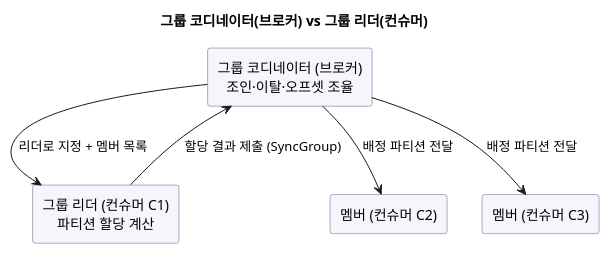
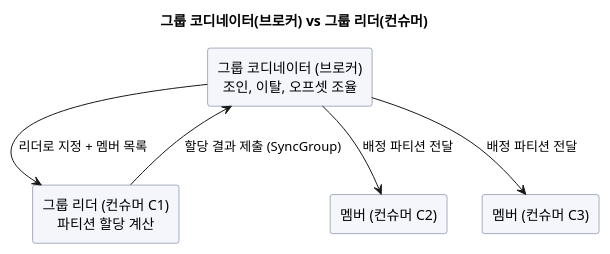
Before and after one commit to johnycho/johny-dev: the ninth of 11 diagrams in blog/2026-09-11-kafka-cluster-replication-consumer-group.mdx, drawn with PlantUML. The commit also changed other lines of this file and 188 other files, not shown here.

````diff
--- a/blog/2026-09-11-kafka-cluster-replication-consumer-group.mdx
+++ b/blog/2026-09-11-kafka-cluster-replication-consumer-group.mdx
@@ -395,20 +395,20 @@
 ```plantuml
 @startuml
 skinparam defaultTextAlignment center
 skinparam rectangle {
   BackgroundColor #F4F6FB
   BorderColor #556080
 }
 title 그룹 코디네이터(브로커) vs 그룹 리더(컨슈머)
 
-rectangle "그룹 코디네이터 (브로커)\n조인·이탈·오프셋 조율" as gc
+rectangle "그룹 코디네이터 (브로커)\n조인, 이탈, 오프셋 조율" as gc
 rectangle "그룹 리더 (컨슈머 C1)\n파티션 할당 계산" as gl
 rectangle "멤버 (컨슈머 C2)" as c2
 rectangle "멤버 (컨슈머 C3)" as c3
 
 gc --> gl : 리더로 지정 + 멤버 목록
 gl --> gc : 할당 결과 제출 (SyncGroup)
 gc --> c2 : 배정 파티션 전달
 gc --> c3 : 배정 파티션 전달
 @enduml
 ```
````
